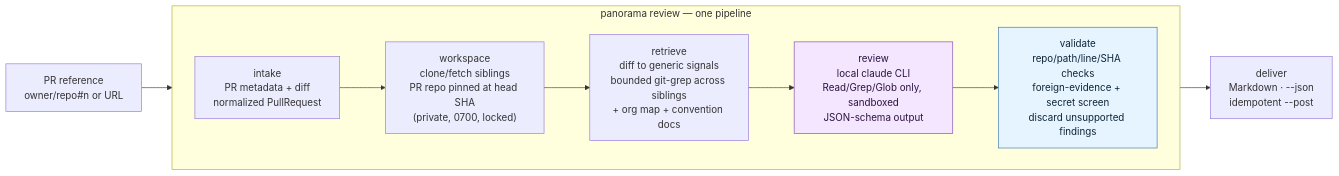
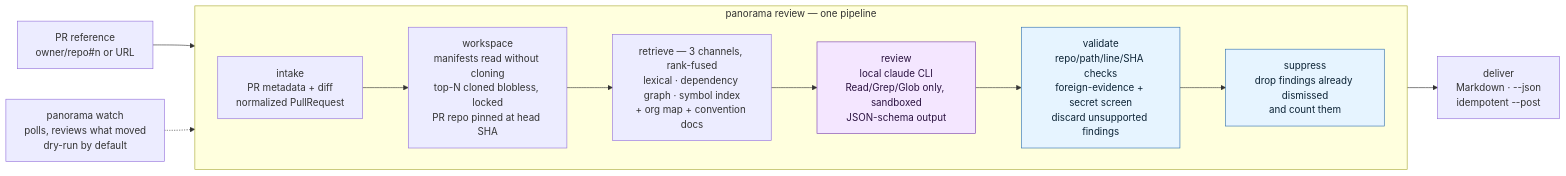
Before and after one commit to ishanavasthi/panorama: the diagram in README.md, drawn with Mermaid. The commit also changed other lines of this file, not shown here.

First line of the commit message:
docs: showcase V2 with the real demo run

````diff
--- a/README.md
+++ b/README.md
@@ -312,24 +458,28 @@
 ```mermaid
 flowchart LR
     PR["PR reference<br/>owner/repo#n or URL"]
 
     subgraph PIPE["panorama review — one pipeline"]
         direction LR
         INTAKE["intake<br/>PR metadata + diff<br/>normalized PullRequest"]
-        WORKSPACE["workspace<br/>clone/fetch siblings<br/>PR repo pinned at head SHA<br/>(private, 0700, locked)"]
-        RETRIEVE["retrieve<br/>diff to generic signals<br/>bounded git-grep across siblings<br/>+ org map + convention docs"]
+        WORKSPACE["workspace<br/>manifests read without cloning<br/>top-N cloned blobless, locked<br/>PR repo pinned at head SHA"]
+        RETRIEVE["retrieve — 3 channels, rank-fused<br/>lexical · dependency graph · symbol index<br/>+ org map + convention docs"]
         REVIEW["review<br/>local claude CLI<br/>Read/Grep/Glob only, sandboxed<br/>JSON-schema output"]
         VALIDATE["validate<br/>repo/path/line/SHA checks<br/>foreign-evidence + secret screen<br/>discard unsupported findings"]
-        INTAKE --> WORKSPACE --> RETRIEVE --> REVIEW --> VALIDATE
+        SUPPRESS["suppress<br/>drop findings already dismissed<br/>and count them"]
+        INTAKE --> WORKSPACE --> RETRIEVE --> REVIEW --> VALIDATE --> SUPPRESS
     end
 
     DELIVER["deliver<br/>Markdown · --json<br/>idempotent --post"]
+    WATCH["panorama watch<br/>polls, reviews what moved<br/>dry-run by default"]
 
     PR --> PIPE
-    VALIDATE --> DELIVER
+    WATCH -.-> PIPE
+    SUPPRESS --> DELIVER
 
     classDef ai fill:#f4e6ff,stroke:#7a3fb0,color:#2b1240;
     classDef guard fill:#e6f4ff,stroke:#2f6fb0,color:#0d2436;
     class REVIEW ai;
     class VALIDATE guard;
+    class SUPPRESS guard;
 ```
````
